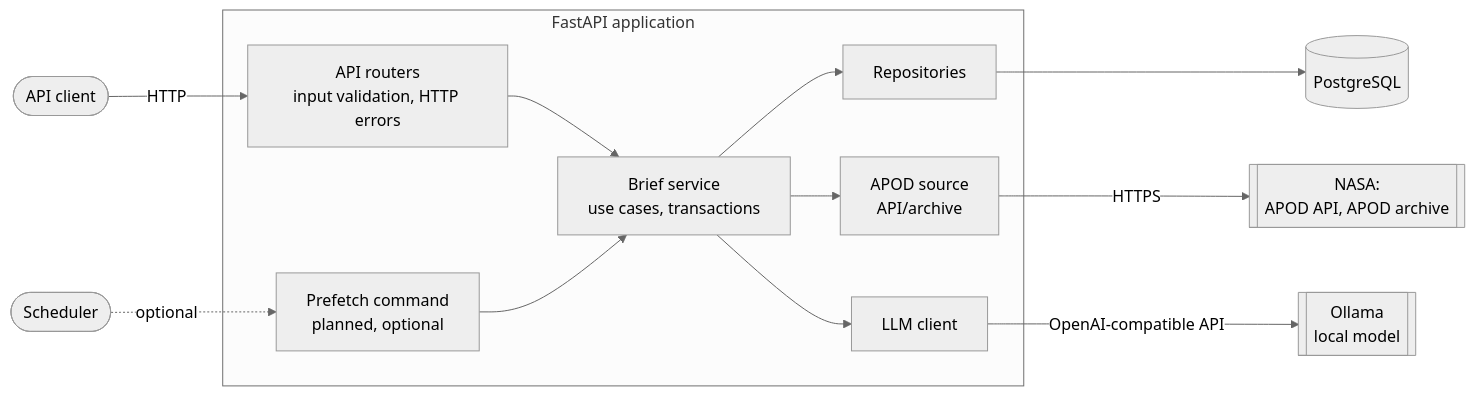
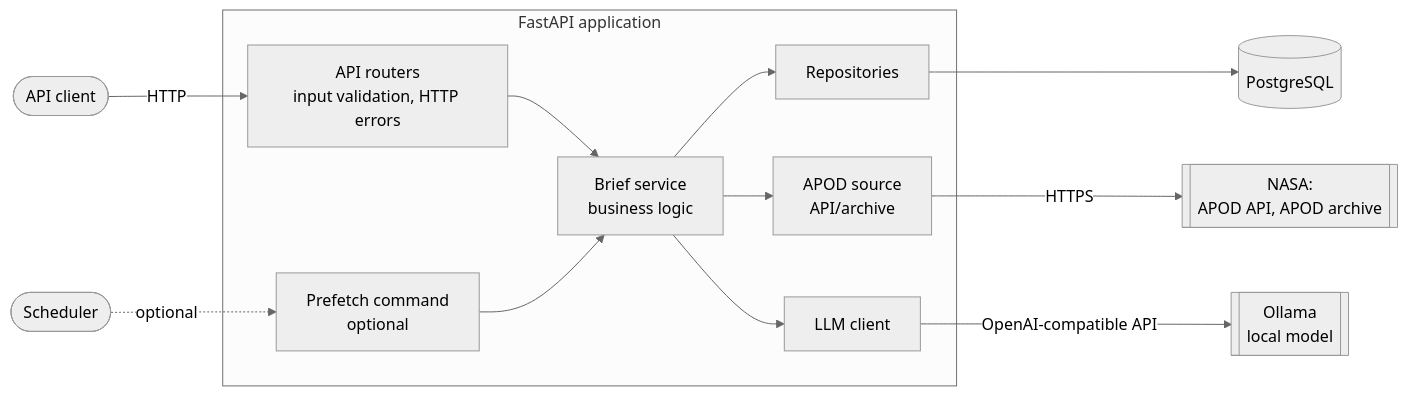
The first of 3 diagrams in README.md (OstapchukIryna/astronomy-brief), drawn with Mermaid (neutral theme) before and after one commit. The commit also changed other lines of this file and 14 other files, not shown here.

````diff
--- a/README.md
+++ b/README.md
@@ -34,23 +34,23 @@
 ```mermaid
 flowchart LR
     user([API client]) -->|HTTP| api
     scheduler([Scheduler]) -.->|optional| job
 
     subgraph app [FastAPI application]
         api[API routers<br/>input validation, HTTP errors]
-        job[Prefetch command<br/>planned, optional]
-        svc[Brief service<br/>use cases, transactions]
+        job[Prefetch command<br/>optional]
+        svc[Brief service<br/>business logic]
         repo[Repositories]
         apod[APOD source<br/>API/archive]
         llm[LLM client]
     end
 
     api --> svc
     job --> svc
     svc --> repo
     svc --> apod
     svc --> llm
     repo --> db[(PostgreSQL)]
     apod -->|HTTPS| nasa[[NASA:<br/>APOD API, APOD archive]]
     llm -->|OpenAI-compatible API| ollama[[Ollama<br/>local model]]
 ```
````
